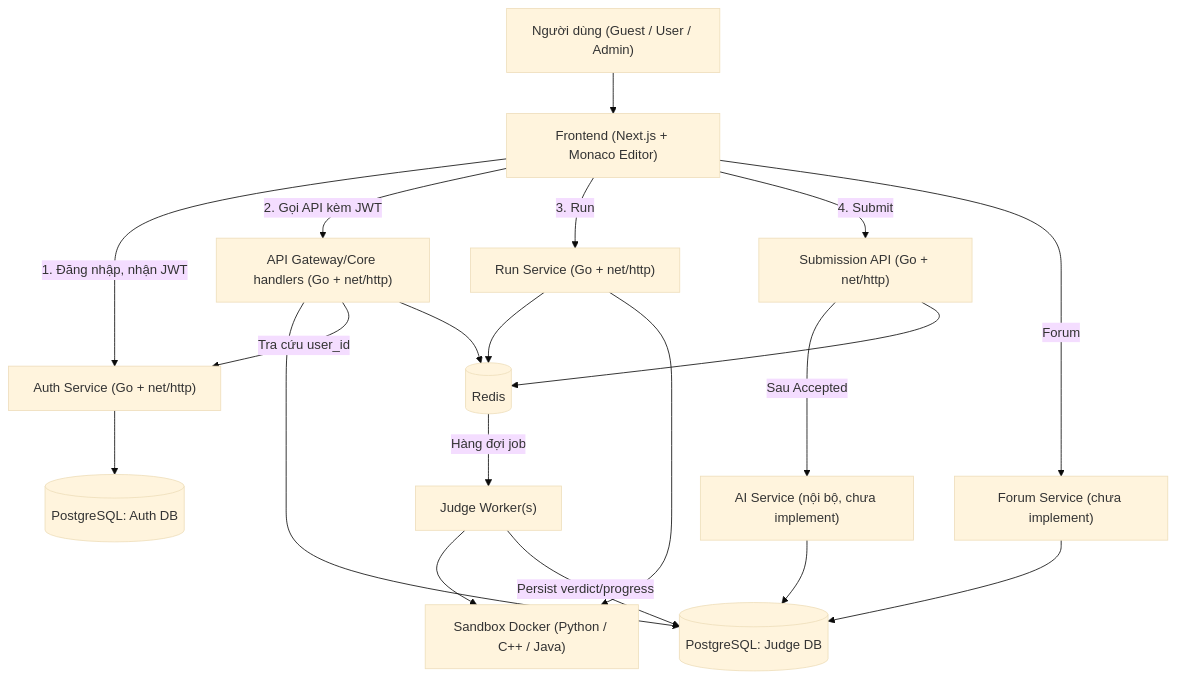
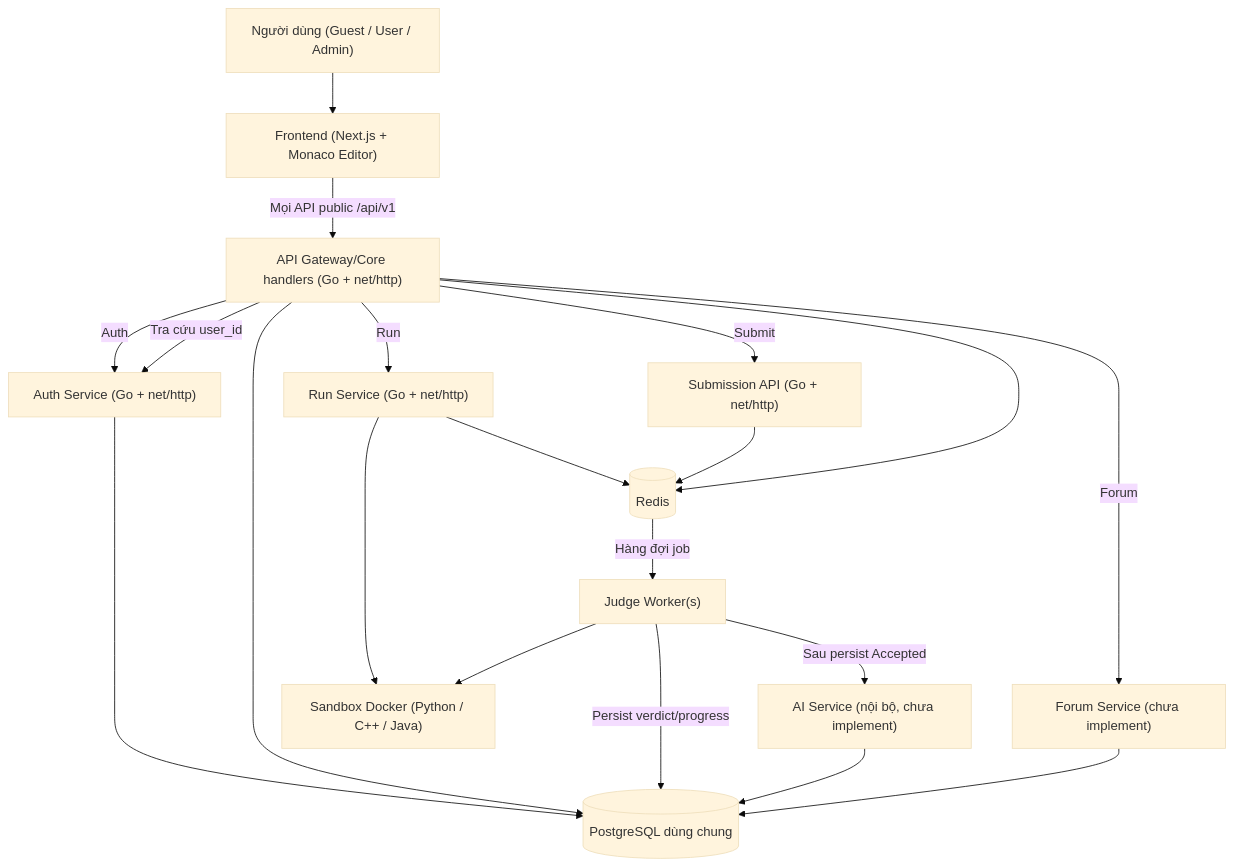
The first of 7 diagrams in docs/srs/01_SRS_Coding_Judge_Platform.md (code-automatic/codjingrank-backend), drawn with Mermaid (base theme) before and after one commit. The commit also changed other lines of this file and 10 other files, not shown here.

````diff
--- a/docs/srs/01_SRS_Coding_Judge_Platform.md
+++ b/docs/srs/01_SRS_Coding_Judge_Platform.md
@@ -110,22 +115,22 @@
 ```mermaid
 flowchart TD
     U["Người dùng (Guest / User / Admin)"] --> FE["Frontend (Next.js + Monaco Editor)"]
-    FE -->|"1. Đăng nhập, nhận JWT"| AUTH["Auth Service (Go + net/http)"]
-    FE -->|"2. Gọi API kèm JWT"| CORE["API Gateway/Core handlers (Go + net/http)"]
-    FE -->|"3. Run"| RUN["Run Service (Go + net/http)"]
-    FE -->|"4. Submit"| JUDGE_API["Submission API (Go + net/http)"]
-    JUDGE_API -->|"Sau Accepted"| AI["AI Service (nội bộ, chưa implement)"]
-    FE -->|"Forum"| FORUM["Forum Service (chưa implement)"]
-    AUTH --> AUTHDB[("PostgreSQL: Auth DB")]
-    CORE --> DB[("PostgreSQL: Judge DB")]
+    FE -->|"Mọi API public /api/v1"| CORE["API Gateway/Core handlers (Go + net/http)"]
+    CORE -->|"Auth"| AUTH["Auth Service (Go + net/http)"]
+    CORE -->|"Run"| RUN["Run Service (Go + net/http)"]
+    CORE -->|"Submit"| JUDGE_API["Submission API (Go + net/http)"]
+    WORKER -->|"Sau persist Accepted"| AI["AI Service (nội bộ, chưa implement)"]
+    CORE -->|"Forum"| FORUM["Forum Service (chưa implement)"]
+    AUTH --> DB[("PostgreSQL dùng chung")]
+    CORE --> DB
     CORE -->|"Tra cứu user_id"| AUTH
     RUN --> REDIS[("Redis")]
     JUDGE_API --> REDIS
     REDIS -->|"Hàng đợi job"| WORKER["Judge Worker(s)"]
     RUN --> SANDBOX["Sandbox Docker (Python / C++ / Java)"]
     WORKER --> SANDBOX
     WORKER -->|"Persist verdict/progress"| DB
     AI --> DB
     FORUM --> DB
     CORE --> REDIS
 ```
````
